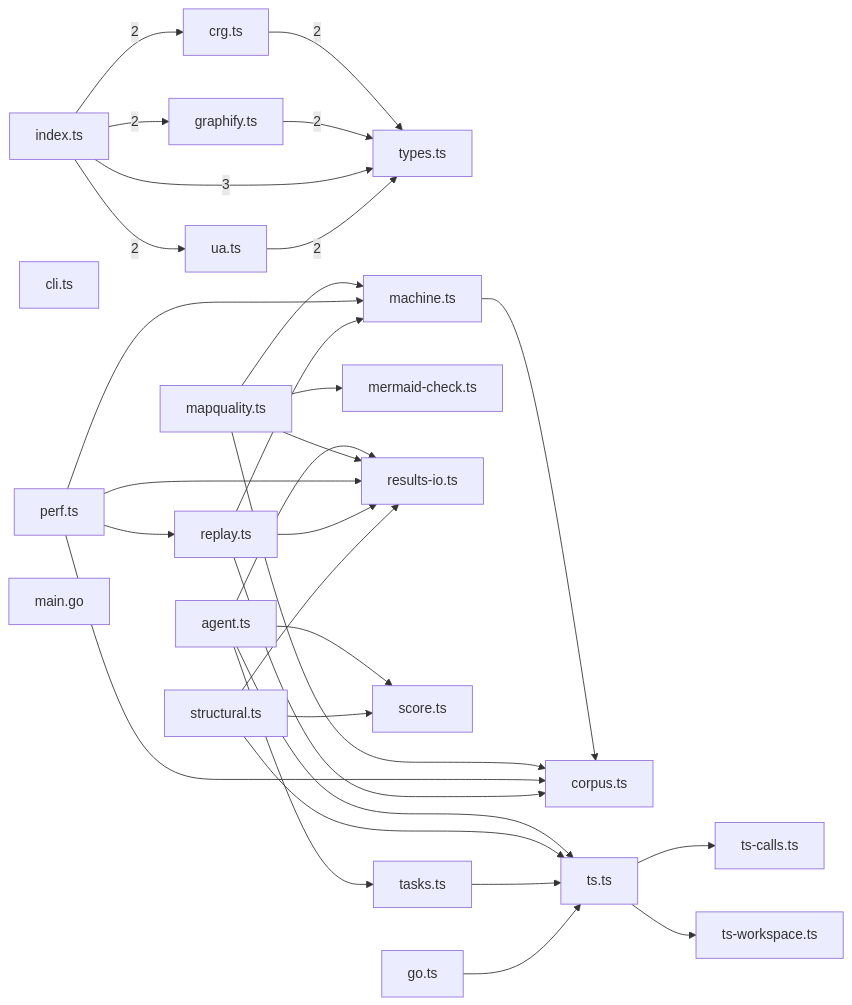
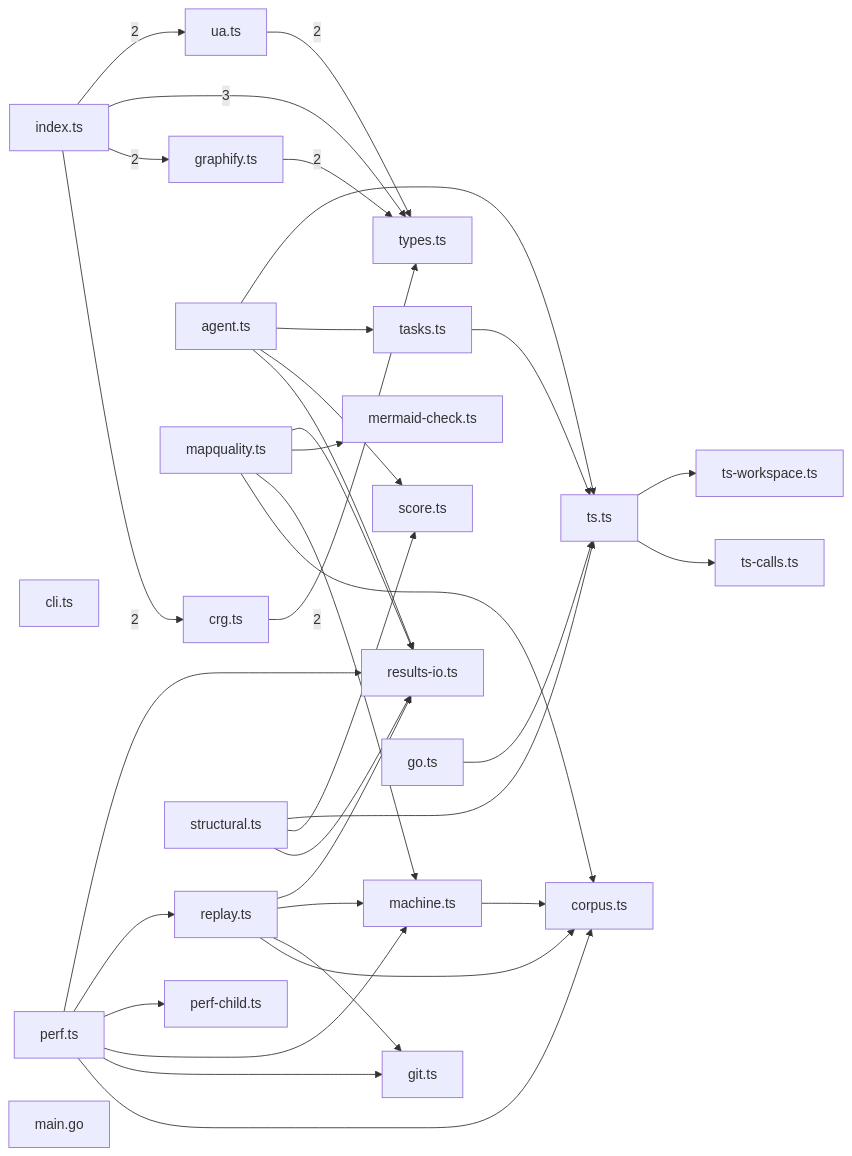
One commit to sns45/greplost changed the diagram in .greplost/packages/greplost__bench/MAP.md. Above: the diagram before and after it, drawn with Mermaid. The commit also changed other lines of this file and 69 other files, not shown here.

````diff
--- a/.greplost/packages/greplost__bench/MAP.md
+++ b/.greplost/packages/greplost__bench/MAP.md
@@ -68,55 +72,60 @@
 ```mermaid
 graph LR
   bench_src_adapters_crg_ts["crg.ts"]
   bench_src_adapters_graphify_ts["graphify.ts"]
   bench_src_adapters_index_ts["index.ts"]
   bench_src_adapters_types_ts["types.ts"]
   bench_src_adapters_ua_ts["ua.ts"]
   bench_src_agent_ts["agent.ts"]
   bench_src_cli_ts["cli.ts"]
   bench_src_corpus_ts["corpus.ts"]
+  bench_src_git_ts["git.ts"]
   bench_src_machine_ts["machine.ts"]
   bench_src_mapquality_ts["mapquality.ts"]
   bench_src_mermaid_check_ts["mermaid-check.ts"]
+  bench_src_perf_child_ts["perf-child.ts"]
   bench_src_perf_ts["perf.ts"]
   bench_src_replay_ts["replay.ts"]
   bench_src_results_io_ts["results-io.ts"]
   bench_src_score_ts["score.ts"]
   bench_src_structural_ts["structural.ts"]
   bench_src_tasks_ts["tasks.ts"]
   bench_src_truth_go_ts["go.ts"]
   bench_src_truth_ts_calls_ts["ts-calls.ts"]
   bench_src_truth_ts_ts["ts.ts"]
   bench_src_truth_ts_workspace_ts["ts-workspace.ts"]
   bench_truth_gocallgraph_main_go["main.go"]
   bench_src_adapters_crg_ts -->|2| bench_src_adapters_types_ts
   bench_src_adapters_graphify_ts -->|2| bench_src_adapters_types_ts
   bench_src_adapters_index_ts -->|2| bench_src_adapters_crg_ts
   bench_src_adapters_index_ts -->|2| bench_src_adapters_graphify_ts
   bench_src_adapters_index_ts -->|3| bench_src_adapters_types_ts
   bench_src_adapters_index_ts -->|2| bench_src_adapters_ua_ts
   bench_src_adapters_ua_ts -->|2| bench_src_adapters_types_ts
   bench_src_agent_ts --> bench_src_results_io_ts
   bench_src_agent_ts --> bench_src_score_ts
   bench_src_agent_ts --> bench_src_tasks_ts
   bench_src_agent_ts --> bench_src_truth_ts_ts
   bench_src_machine_ts --> bench_src_corpus_ts
   bench_src_mapquality_ts --> bench_src_corpus_ts
   bench_src_mapquality_ts --> bench_src_machine_ts
   bench_src_mapquality_ts --> bench_src_mermaid_check_ts
   bench_src_mapquality_ts --> bench_src_results_io_ts
   bench_src_perf_ts --> bench_src_corpus_ts
+  bench_src_perf_ts --> bench_src_git_ts
   bench_src_perf_ts --> bench_src_machine_ts
+  bench_src_perf_ts --> bench_src_perf_child_ts
   bench_src_perf_ts --> bench_src_replay_ts
   bench_src_perf_ts --> bench_src_results_io_ts
   bench_src_replay_ts --> bench_src_corpus_ts
+  bench_src_replay_ts --> bench_src_git_ts
   bench_src_replay_ts --> bench_src_machine_ts
   bench_src_replay_ts --> bench_src_results_io_ts
   bench_src_structural_ts --> bench_src_results_io_ts
   bench_src_structural_ts --> bench_src_score_ts
   bench_src_structural_ts --> bench_src_truth_ts_ts
   bench_src_tasks_ts --> bench_src_truth_ts_ts
   bench_src_truth_go_ts --> bench_src_truth_ts_ts
   bench_src_truth_ts_ts --> bench_src_truth_ts_calls_ts
   bench_src_truth_ts_ts --> bench_src_truth_ts_workspace_ts
 ```
````
